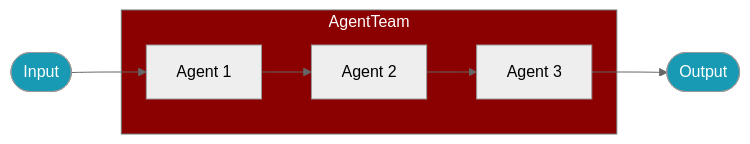
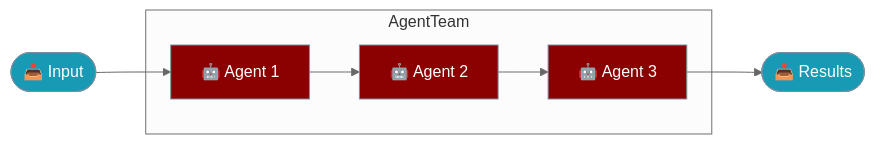
The first of 2 diagrams in docs/js/agent-team.mdx (MervinPraison/PraisonAIDocs), drawn with Mermaid (neutral theme) before and after one commit. The commit also changed other lines of this file and 3 other files, not shown here.

````diff
--- a/docs/js/agent-team.mdx
+++ b/docs/js/agent-team.mdx
@@ -18,17 +14,19 @@
 ```mermaid
-flowchart LR
-    subgraph Team["AgentTeam"]
-        A1[Agent 1]
-        A2[Agent 2]
-        A3[Agent 3]
+graph LR
+    subgraph "AgentTeam"
+        A1[🤖 Agent 1]
+        A2[🤖 Agent 2]
+        A3[🤖 Agent 3]
     end
     
-    Input([Input]) --> A1
+    Input([📥 Input]) --> A1
     A1 --> A2
     A2 --> A3
-    A3 --> Output([Output])
+    A3 --> Output([📤 Results])
     
-    style Team fill:#8B0000,color:#fff
-    style Input fill:#189AB4,color:#fff
-    style Output fill:#189AB4,color:#fff
+    classDef agent fill:#8B0000,stroke:#7C90A0,color:#fff
+    classDef io fill:#189AB4,stroke:#7C90A0,color:#fff
+    
+    class A1,A2,A3 agent
+    class Input,Output io
 ```
````
